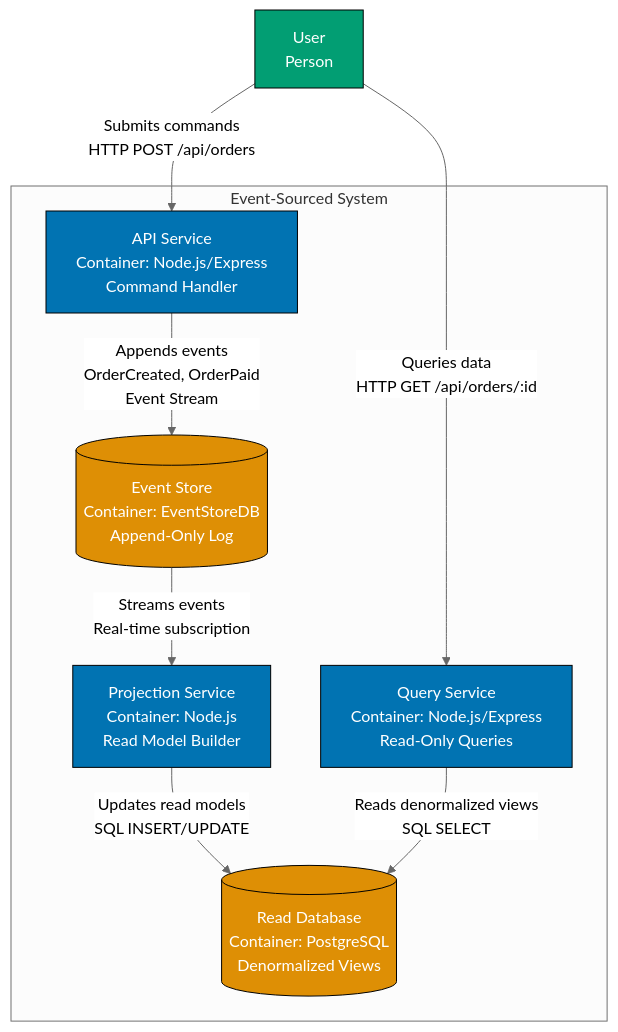
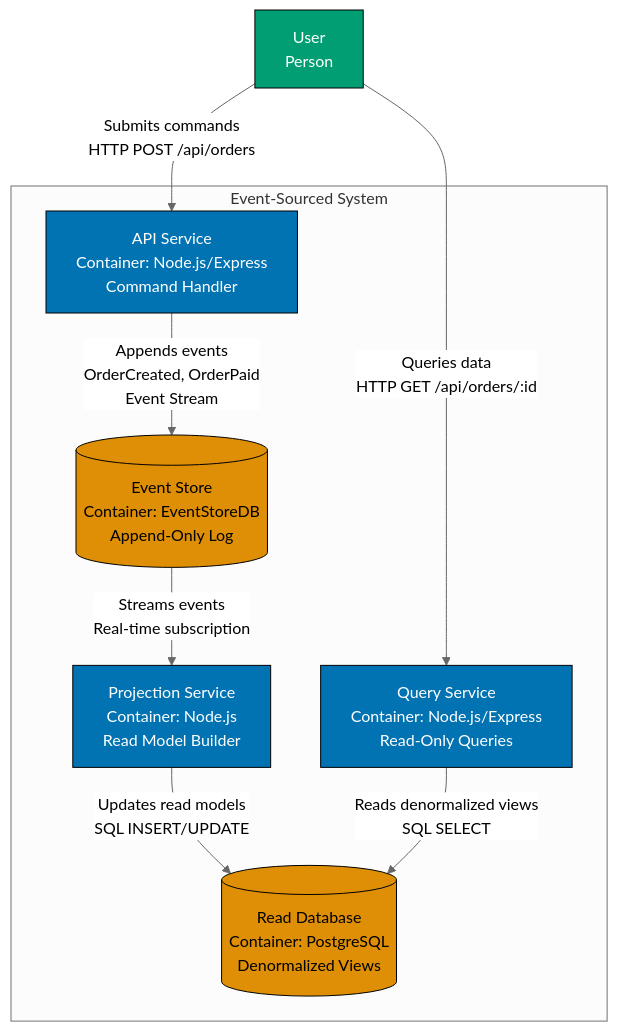
Before and after one commit to wahidyankf/open-sharia-enterprise: the first of 8 diagrams in docs/explanation/software-design/c4-architecture-model/ex-sode-c4armo__13-event-driven-architectures.md, drawn with Mermaid (neutral theme). The commit also changed other lines of this file and 35 other files, not shown here.

````diff
--- a/docs/explanation/software-design/c4-architecture-model/ex-sode-c4armo__13-event-driven-architectures.md
+++ b/docs/explanation/software-design/c4-architecture-model/ex-sode-c4armo__13-event-driven-architectures.md
@@ -87,26 +87,26 @@
 ```mermaid
 graph TB
     User[User<br/>Person]
 
     subgraph "Event-Sourced System"
         API[API Service<br/>Container: Node.js/Express<br/>Command Handler]
         EventStore[(Event Store<br/>Container: EventStoreDB<br/>Append-Only Log)]
         Projector[Projection Service<br/>Container: Node.js<br/>Read Model Builder]
         ReadDB[(Read Database<br/>Container: PostgreSQL<br/>Denormalized Views)]
         QueryAPI[Query Service<br/>Container: Node.js/Express<br/>Read-Only Queries]
     end
 
     User -->|Submits commands<br/>HTTP POST /api/orders| API
     API -->|Appends events<br/>OrderCreated, OrderPaid<br/>Event Stream| EventStore
     EventStore -->|Streams events<br/>Real-time subscription| Projector
     Projector -->|Updates read models<br/>SQL INSERT/UPDATE| ReadDB
     User -->|Queries data<br/>HTTP GET /api/orders/:id| QueryAPI
     QueryAPI -->|Reads denormalized views<br/>SQL SELECT| ReadDB
 
     style User fill:#029E73,stroke:#000000,color:#ffffff
     style API fill:#0173B2,stroke:#000000,color:#ffffff
-    style EventStore fill:#DE8F05,stroke:#000000,color:#ffffff
+    style EventStore fill:#DE8F05,stroke:#000000,color:#000000
     style Projector fill:#0173B2,stroke:#000000,color:#ffffff
-    style ReadDB fill:#DE8F05,stroke:#000000,color:#ffffff
+    style ReadDB fill:#DE8F05,stroke:#000000,color:#000000
     style QueryAPI fill:#0173B2,stroke:#000000,color:#ffffff
 ```
````
